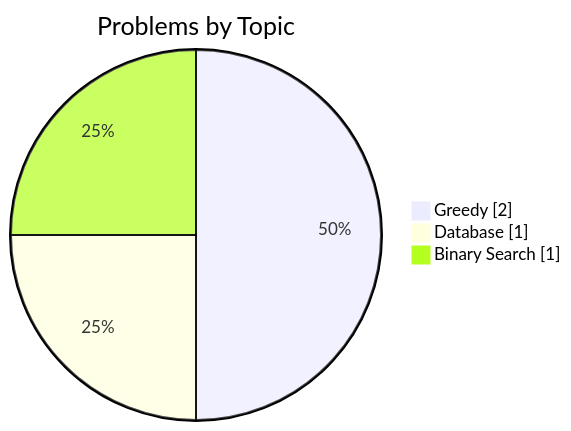
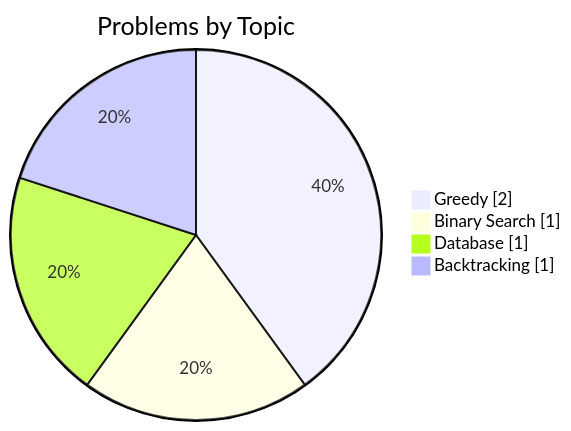
The second of 2 diagrams in README.md (samy-D5/Leetcode), drawn with Mermaid before and after one commit. The commit also changed other lines of this file, not shown here.

````diff
--- a/README.md
+++ b/README.md
@@ -27,6 +27,7 @@
 ```mermaid
 pie showData title Problems by Topic
     "Greedy" : 2
+    "Binary Search" : 1
     "Database" : 1
-    "Binary Search" : 1
+    "Backtracking" : 1
 ```
````
